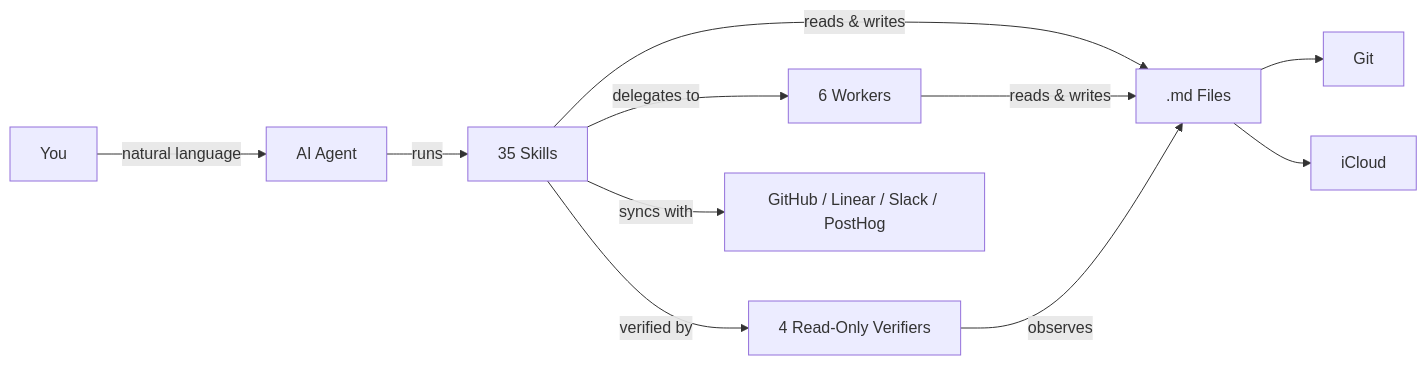
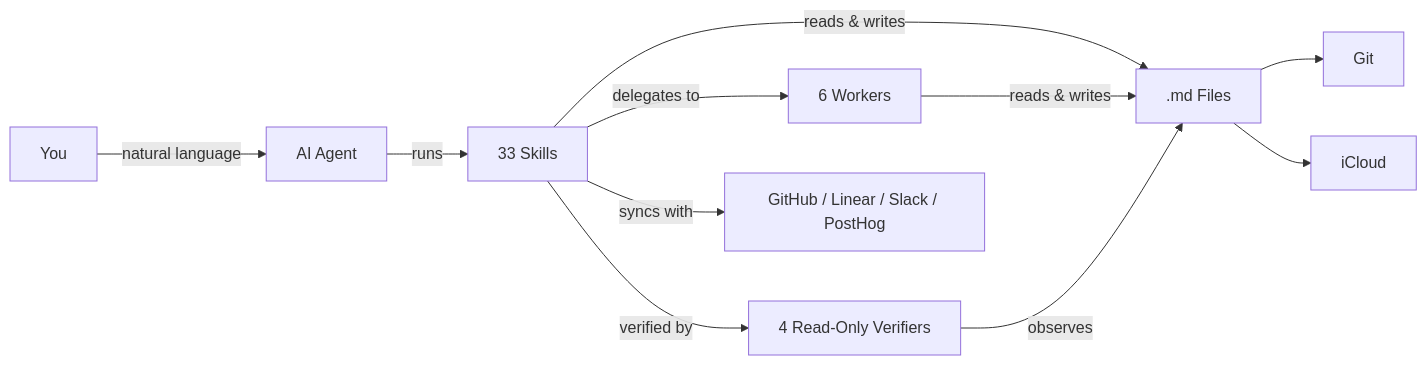
The first of 2 diagrams in README.md (huytieu/COG-second-brain), drawn with Mermaid before and after one commit. The commit also changed other lines of this file and 42 other files, not shown here.

````diff
--- a/README.md
+++ b/README.md
@@ -11,13 +11,13 @@
 ```mermaid
 graph LR
     A[You] -- natural language --> B[AI Agent]
-    B -- runs --> C[35 Skills]
+    B -- runs --> C[33 Skills]
     C -- delegates to --> W[6 Workers]
     C -- verified by --> V[4 Read-Only Verifiers]
     C -- reads & writes --> D[.md Files]
     W -- reads & writes --> D
     V -- observes --> D
     C -- syncs with --> G[GitHub / Linear / Slack / PostHog]
     D --> E[Git]
     D --> F[iCloud]
 ```
````
